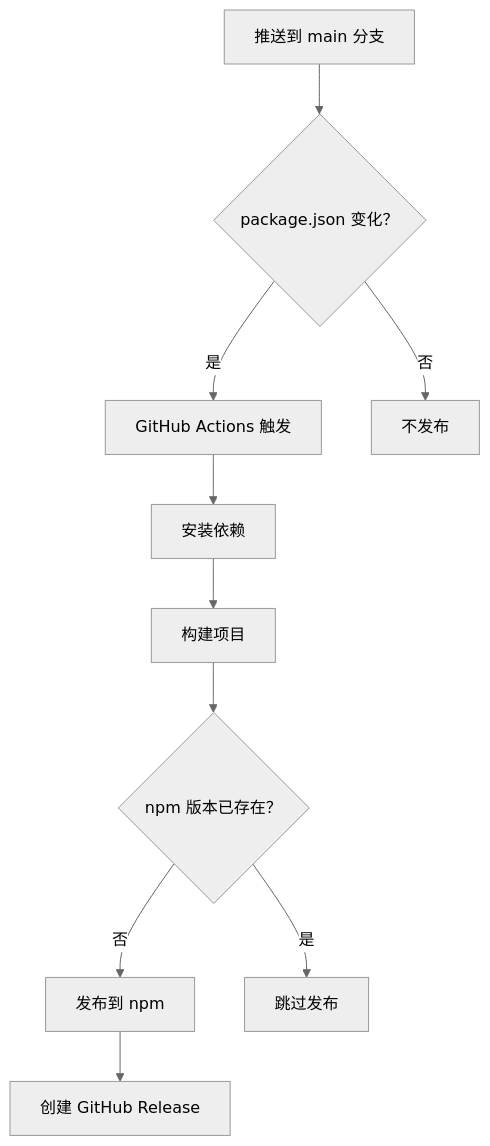
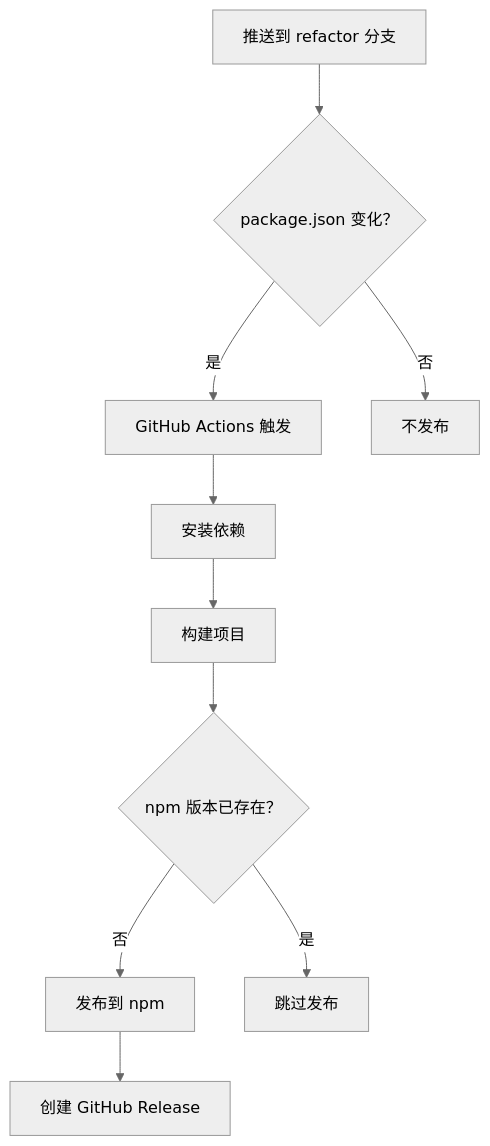
One commit to MY-Final/n8n-nodes-onebot-api changed the diagram in PUBLISH.md. Above: the diagram before and after it, drawn with Mermaid (neutral theme). The commit also changed other lines of this file and 1 other file, not shown here.

Commit message:
ci: 更新自动发布配置为 refactor 分支
- 监听 refactor 分支的推送
- 更新文档说明
- package.json 变化时自动发布到 npm

````diff
--- a/PUBLISH.md
+++ b/PUBLISH.md
@@ -55,12 +55,12 @@
 ```mermaid
 graph TD
-    A[推送到 main 分支] --> B{package.json 变化？}
+    A[推送到 refactor 分支] --> B{package.json 变化？}
     B -->|是 | C[GitHub Actions 触发]
     B -->|否 | D[不发布]
     C --> E[安装依赖]
     E --> F[构建项目]
     F --> G{npm 版本已存在？}
     G -->|否 | H[发布到 npm]
     G -->|是 | I[跳过发布]
     H --> J[创建 GitHub Release]
 ```
````
